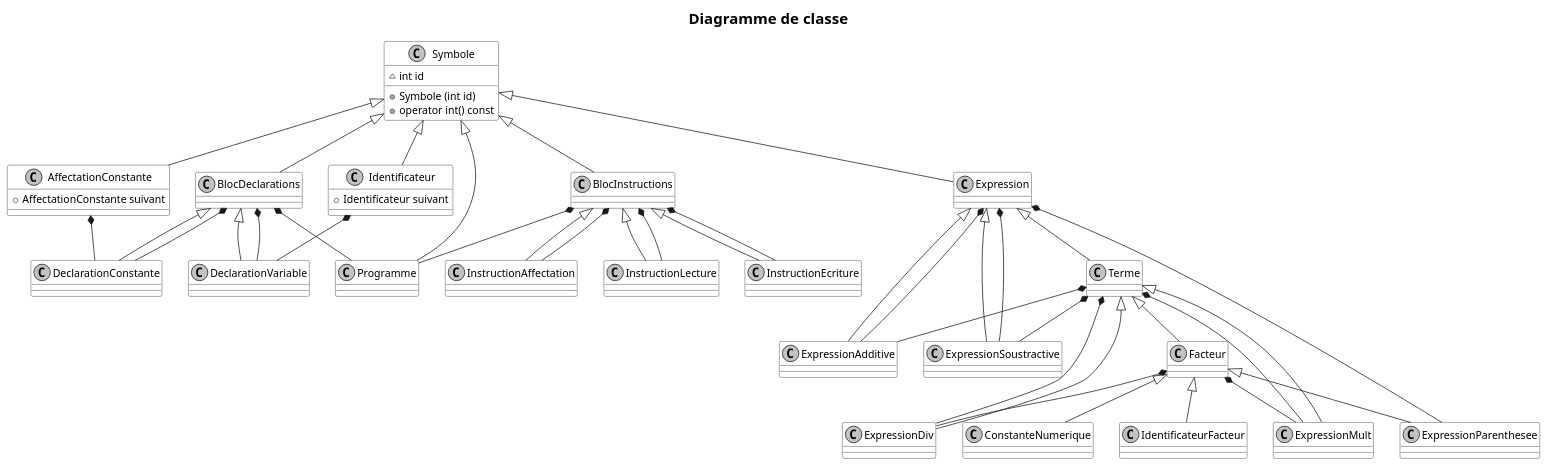
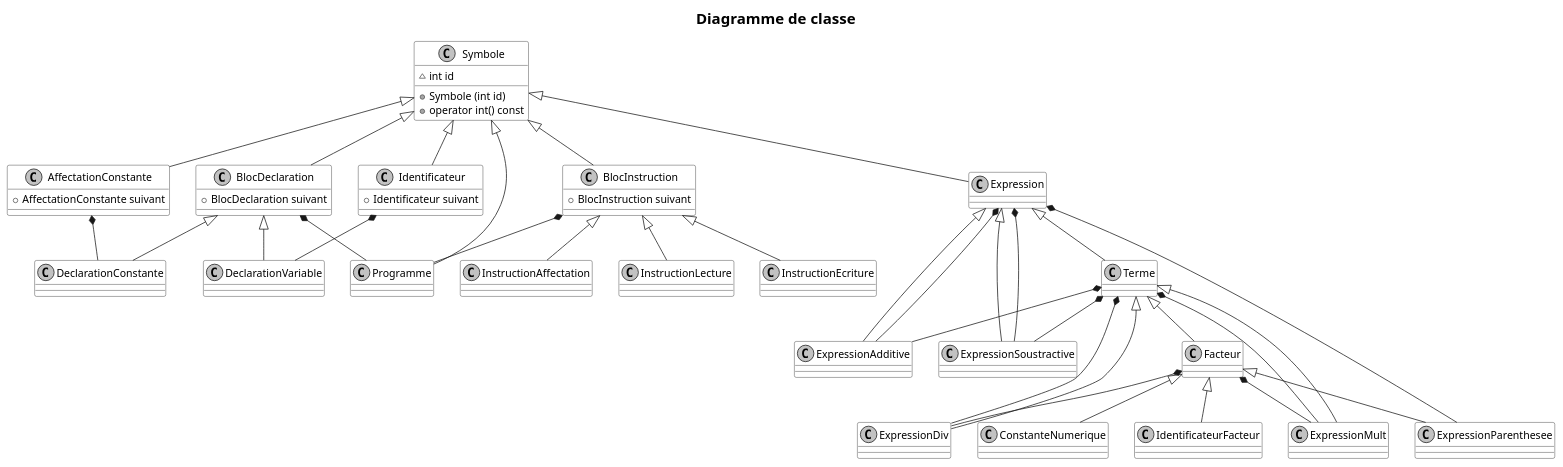
The diagram in doc/classes.puml (0xnome/lutin), drawn with PlantUML before and after one commit. The commit also changed 4 other files, not shown here.

Commit message:
maj du diagramme de classe : ajout d'un attribut suivant au lieu d'une composition. Remplacement des svgs

```diff
--- a/doc/classes.puml
+++ b/doc/classes.puml
@@ -1,91 +1,90 @@
 @startuml
 skinparam monochrome true
 skinparam shadowing false
 skinparam TitleFontSize 20
 skinparam sequenceTitleFontSize 20
 skinparam sequenceTitleFontStyle plain
 
 skinparam class {
 	BackgroundColor white
 	BackgroundColor<<Warning>> lightblue
 }
 
 title Diagramme de classe
 
 class Symbole{
 	~int id
 	+Symbole (int id)
 	+operator int() const
 }
 class AffectationConstante{
 	+AffectationConstante suivant
 }
 class Identificateur{
 	+Identificateur suivant
 }
 class IdentificateurFacteur
-class BlocDeclarations
+class BlocDeclaration {
+    +BlocDeclaration suivant
+}
 class DeclarationVariable
 class DeclarationConstante
 class Programme
-class BlocInstructions
+class BlocInstruction {
+    +BlocInstruction suivant
+}
 class InstructionLecture
 class InstructionEcriture
 class InstructionAffectation
 class Expression
 class ExpressionAdditive
 class ExpressionSoustractive
 class Terme
 class ExpressionMult
 class ExpressionDiv
 class Facteur
 class ExpressionParenthesee
 class ConstanteNumerique
 
 Symbole <|-- Programme
-Symbole <|-- BlocDeclarations
-Symbole <|-- BlocInstructions
+Symbole <|-- BlocDeclaration
+Symbole <|-- BlocInstruction
 Symbole <|-- AffectationConstante
 Symbole <|-- Identificateur
 Symbole <|-- Expression
 
-BlocDeclarations *-- Programme
-BlocDeclarations <|-- DeclarationVariable
-BlocDeclarations *-- DeclarationVariable
-BlocDeclarations <|-- DeclarationConstante
-BlocDeclarations *-- DeclarationConstante
+BlocDeclaration *-- Programme
+BlocDeclaration <|-- DeclarationVariable
+BlocDeclaration <|-- DeclarationConstante
 
 Identificateur *-- DeclarationVariable
 
 AffectationConstante *-- DeclarationConstante
 
-BlocInstructions *-- Programme
-BlocInstructions <|-- InstructionLecture
-BlocInstructions *-- InstructionLecture
-BlocInstructions <|-- InstructionEcriture
-BlocInstructions *-- InstructionEcriture
-BlocInstructions <|-- InstructionAffectation
-BlocInstructions *-- InstructionAffectation
+BlocInstruction *-- Programme
+BlocInstruction <|-- InstructionLecture
+BlocInstruction <|-- InstructionEcriture
+BlocInstruction <|-- InstructionAffectation
 
 Expression <|-- ExpressionAdditive
 Expression *-- ExpressionAdditive
 Expression <|-- ExpressionSoustractive
 Expression *-- ExpressionSoustractive
 Expression <|-- Terme
 Expression *-- ExpressionParenthesee
 
 Terme *-- ExpressionAdditive
 Terme *-- ExpressionSoustractive
 Terme *-- ExpressionMult
 Terme <|-- ExpressionMult
 Terme *-- ExpressionDiv
 Terme <|-- ExpressionDiv
 Terme <|-- Facteur
 
 Facteur <|-- ExpressionParenthesee
 Facteur *-- ExpressionMult
 Facteur *-- ExpressionDiv
 Facteur <|-- ConstanteNumerique
 Facteur <|-- IdentificateurFacteur
 
 @enduml
```
